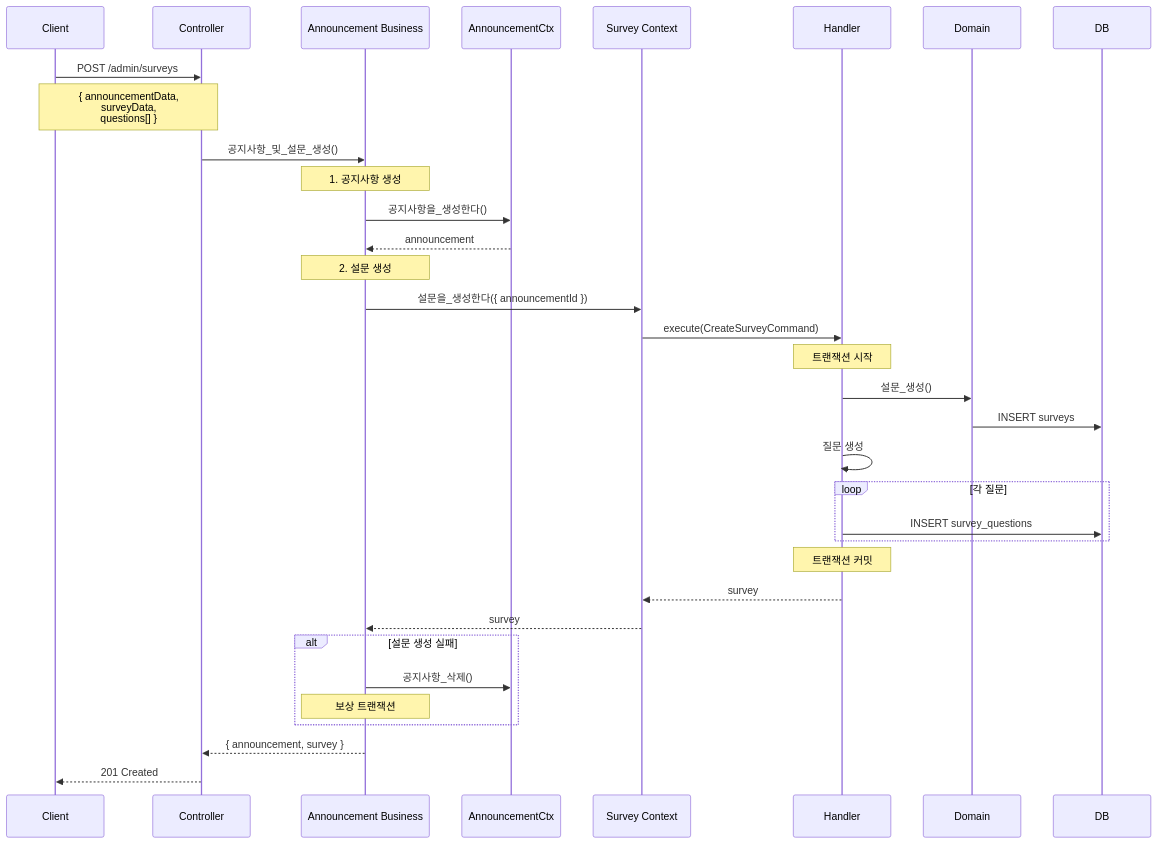
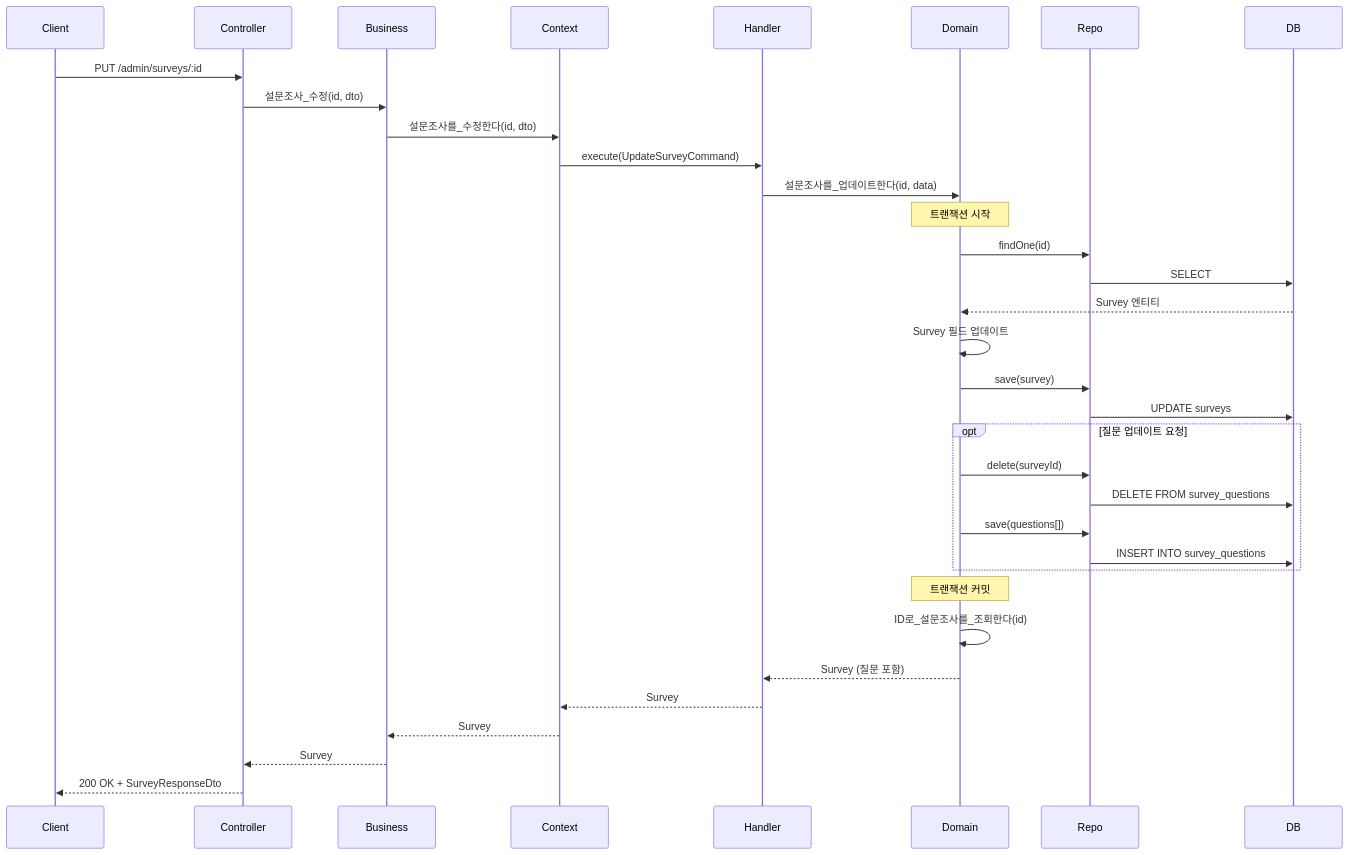
One commit to GTD-web/Back_ContentsManagementSystem changed the third of 8 diagrams in docs/state-flow/context-flows/survey-context-flow.md. Above: the diagram before and after it, drawn with Mermaid. The commit also changed other lines of this file and 37 other files, not shown here.

````diff
--- a/docs/state-flow/context-flows/survey-context-flow.md
+++ b/docs/state-flow/context-flows/survey-context-flow.md
@@ -310,47 +412,45 @@
 ```mermaid
 sequenceDiagram
     participant Client
     participant Controller
-    participant Business as Announcement Business
-    participant AnnouncementCtx
-    participant SurveyCtx as Survey Context
+    participant Business
+    participant Context
     participant Handler
     participant Domain
+    participant Repo
     participant DB
 
-    Client->>Controller: POST /admin/surveys
-    Note over Client,Controller: { announcementData,<br/>surveyData,<br/>questions[] }
+    Client->>Controller: PUT /admin/surveys/:id
+    Controller->>Business: 설문조사_수정(id, dto)
+    Business->>Context: 설문조사를_수정한다(id, dto)
+    Context->>Handler: execute(UpdateSurveyCommand)
     
-    Controller->>Business: 공지사항_및_설문_생성()
+    Handler->>Domain: 설문조사를_업데이트한다(id, data)
     
-    Note over Business: 1. 공지사항 생성
-    Business->>AnnouncementCtx: 공지사항을_생성한다()
-    AnnouncementCtx-->>Business: announcement
+    Note over Domain: 트랜잭션 시작
     
-    Note over Business: 2. 설문 생성
-    Business->>SurveyCtx: 설문을_생성한다({ announcementId })
-    SurveyCtx->>Handler: execute(CreateSurveyCommand)
+    Domain->>Repo: findOne(id)
+    Repo->>DB: SELECT
+    DB-->>Domain: Survey 엔티티
     
-    Note over Handler: 트랜잭션 시작
+    Domain->>Domain: Survey 필드 업데이트
+    Domain->>Repo: save(survey)
+    Repo->>DB: UPDATE surveys
     
-    Handler->>Domain: 설문_생성()
-    Domain->>DB: INSERT surveys
-    
-    Handler->>Handler: 질문 생성
-    loop 각 질문
-        Handler->>DB: INSERT survey_questions
+    opt 질문 업데이트 요청
+        Domain->>Repo: delete(surveyId)
+        Repo->>DB: DELETE FROM survey_questions
+        
+        Domain->>Repo: save(questions[])
+        Repo->>DB: INSERT INTO survey_questions
     end
     
-    Note over Handler: 트랜잭션 커밋
+    Note over Domain: 트랜잭션 커밋
     
-    Handler-->>SurveyCtx: survey
-    SurveyCtx-->>Business: survey
-    
-    alt 설문 생성 실패
-        Business->>AnnouncementCtx: 공지사항_삭제()
-        Note over Business: 보상 트랜잭션
-    end
-    
-    Business-->>Controller: { announcement, survey }
-    Controller-->>Client: 201 Created
+    Domain->>Domain: ID로_설문조사를_조회한다(id)
+    Domain-->>Handler: Survey (질문 포함)
+    Handler-->>Context: Survey
+    Context-->>Business: Survey
+    Business-->>Controller: Survey
+    Controller-->>Client: 200 OK + SurveyResponseDto
 ```
````
